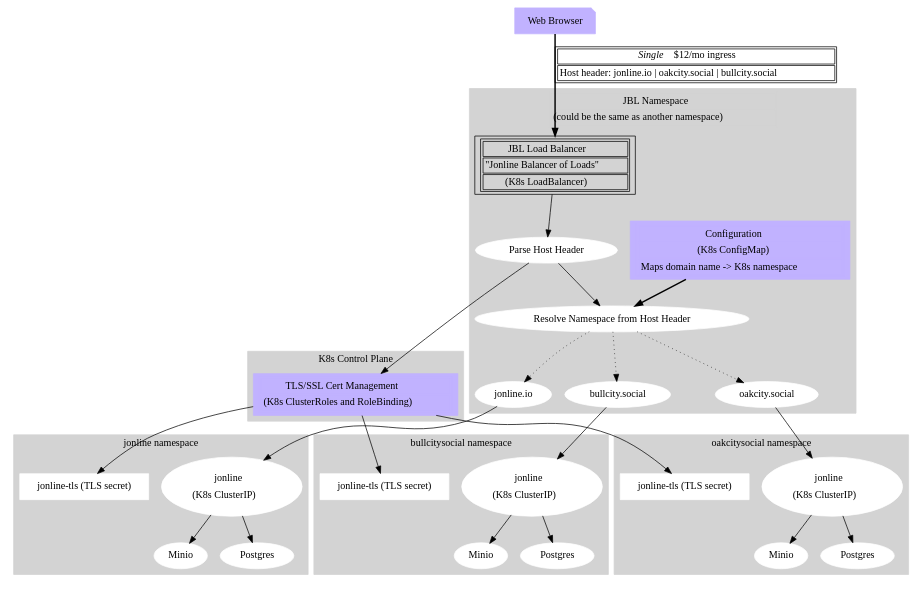
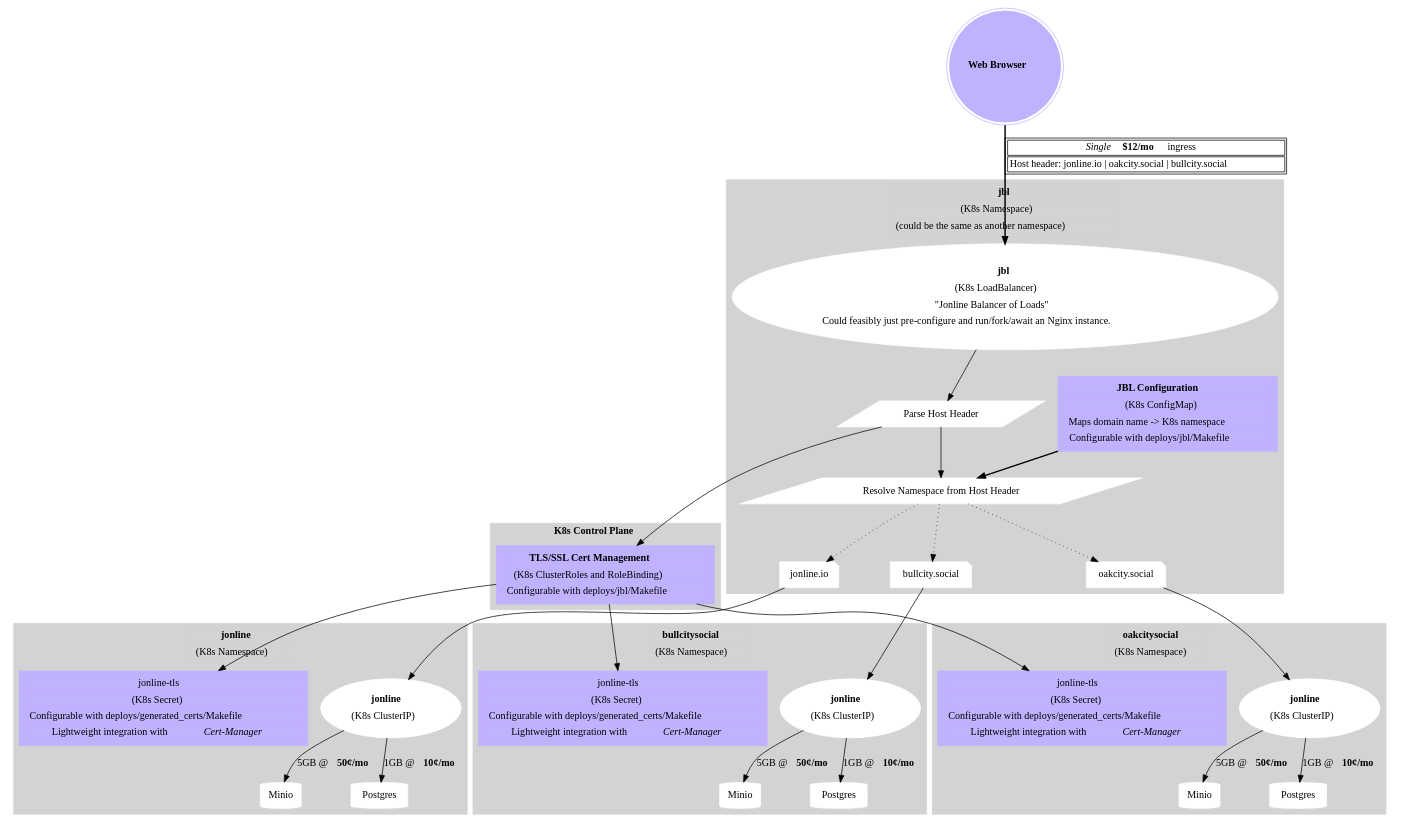
One commit to JonLatane/jonline changed the diagram in docs/architecture/JBL_Kubernetes_Deployment.dot. Above: the diagram before and after it, drawn with Graphviz. The commit also changed 10 other files, not shown here.

```diff
--- a/docs/architecture/JBL_Kubernetes_Deployment.dot
+++ b/docs/architecture/JBL_Kubernetes_Deployment.dot
@@ -1,125 +1,130 @@
 digraph G {
   size = "100,100";
-  browser [shape = note;style = filled;color = ".7 .3 1.0";label = "Web Browser";];
+  browser [shape = doublecircle;style = filled;color = ".7 .3 1.0";label = <<b>Web Browser</b>>;];
   
-  browser -> jbl [style = bold; label = <<table><tr><td><i>Single</i>&nbsp;$12/mo ingress</td></tr><tr><td>Host header: jonline.io | oakcity.social | bullcity.social</td></tr></table>>];
+  browser -> jbl [style = bold; label = <<table><tr><td><i>Single</i>&nbsp;<b>$12/mo</b>&nbsp;ingress</td></tr><tr><td>Host header: jonline.io | oakcity.social | bullcity.social</td></tr></table>>];
   
   subgraph cluster0 {
-    label = <<table><tr><td>JBL Namespace</td></tr><tr><td>(could be the same as another namespace)</td></tr></table>>;
+    label = <<table><tr><td><b>jbl</b></td></tr><tr><td>(K8s Namespace)</td></tr><tr><td>(could be the same as another namespace)</td></tr></table>>;
     node [style = filled; color = white;];
     style = filled;
     color = lightgrey;
     
-    jbl [shape = box;label = <<table><tr><td>JBL Load Balancer</td></tr><tr><td>"Jonline Balancer of Loads"</td></tr><tr><td>(K8s LoadBalancer)</td></tr></table>>];
+    jbl [shape = oval; style=filled; color = white; label = <<table><tr><td><b>jbl</b></td></tr><tr><td>(K8s LoadBalancer)</td></tr><tr><td>"Jonline Balancer of Loads"</td></tr><tr><td>Could feasibly just pre-configure and run/fork/await an Nginx instance.</td></tr></table>>];
     configuration [shape = box;style = filled;color = ".7 .3 1.0";label = <
       <table>
       <tr>
-      <td>Configuration</td>
+      <td><b>JBL Configuration</b></td>
       </tr>
       <tr>
       <td>(K8s ConfigMap)</td>
       </tr>
       <tr>
       <td>Maps domain name -&gt; K8s namespace</td>
       </tr>
+      <tr>
+      <td>Configurable with deploys/jbl/Makefile</td>
+      </tr>
       </table>
       >;];
     
     configuration -> resolve_namespace [style = bold];
     
-    parse_host [label = "Parse Host Header";];
-    resolve_namespace [label = "Resolve Namespace from Host Header";];
+    parse_host [shape=parallelogram label = "Parse Host Header";];
+    resolve_namespace [shape=parallelogram label = "Resolve Namespace from Host Header";];
     // jbl -> resolve_namespace [weight = 8;];
     jbl -> parse_host [weight = 8;];
     parse_host -> resolve_namespace [weight = 8;];
     
     
-    jonlineio [label = "jonline.io";];
-    oakcitysocial [label = "oakcity.social";];
-    bullcitysocial [label = "bullcity.social";];
+    jonlineio [shape=note label = "jonline.io";];
+    oakcitysocial [shape=note label = "oakcity.social";];
+    bullcitysocial [shape=note label = "bullcity.social";];
     
     resolve_namespace -> jonlineio [style = dotted;];
     resolve_namespace -> oakcitysocial [style = dotted;];
     resolve_namespace -> bullcitysocial [style = dotted;];
-    
   }
   
   subgraph cluster4 {
-    label = "K8s Control Plane";
+    label = <<b>K8s Control Plane</b>>;
     node [style = filled; color = white;];
     style = filled;
     color = lightgrey;
     certs [shape = box;style = filled;color = ".7 .3 1.0";label = <
       <table>
       <tr>
-      <td>TLS/SSL Cert Management</td>
+      <td><b>TLS/SSL Cert Management</b></td>
       </tr>
       <tr>
       <td>(K8s ClusterRoles and RoleBinding)</td>
+      </tr>
+      <tr>
+      <td>Configurable with deploys/jbl/Makefile</td>
       </tr>
       </table>
       >;];
   }
 
   subgraph cluster1 {
-    label = "jonline namespace";
+    label = <<table><tr><td><b>jonline</b></td></tr><tr><td>(K8s Namespace)</td></tr></table>>;
     node [style = filled; color = white;];
     style = filled;
     color = lightgrey;
     
-    jonline0 [label = <<table><tr><td>jonline</td></tr><tr><td>(K8s ClusterIP)</td></tr></table>>];
-    minio0 [label = "Minio";];
-    postgres0 [label = "Postgres";];
-    tls0 [shape = "box";label = "jonline-tls (TLS secret)";];
+    jonline0 [label = <<table><tr><td><b>jonline</b></td></tr><tr><td>(K8s ClusterIP)</td></tr></table>>];
+    minio0 [shape=cylinder label = "Minio";];
+    postgres0 [shape=cylinder label = "Postgres";];
+    tls0 [shape = "box";color = ".7 .3 1.0";label = <<table><tr><td>jonline-tls</td></tr><tr><td>(K8s Secret)</td></tr><tr><td>Configurable with deploys/generated_certs/Makefile</td></tr><tr><td>Lightweight integration with <i>Cert-Manager</i></td></tr></table>>;];
     
-    jonline0 -> minio0;
-    jonline0 -> postgres0;
+    jonline0 -> minio0 [label=<5GB @ <b>50¢/mo</b>>];
+    jonline0 -> postgres0 [label=<1GB @ <b>10¢/mo</b>>];
   }
   
   jonlineio -> jonline0;
   parse_host -> certs;
   
   subgraph cluster2 {
-    label = "oakcitysocial namespace";
+    label = <<table><tr><td><b>oakcitysocial</b></td></tr><tr><td>(K8s Namespace)</td></tr></table>>;
     node [style = filled; color = white;];
     style = filled;
     color = lightgrey;
     
-    jonline1 [label = <<table><tr><td>jonline</td></tr><tr><td>(K8s ClusterIP)</td></tr></table>>;];
-    minio1 [label = "Minio";];
-    postgres1 [label = "Postgres";];
+    jonline1 [label = <<table><tr><td><b>jonline</b></td></tr><tr><td>(K8s ClusterIP)</td></tr></table>>;];
+    minio1 [shape=cylinder label = "Minio";];
+    postgres1 [shape=cylinder label = "Postgres";];
     
-    jonline1 -> minio1;
-    jonline1 -> postgres1;
-    tls1 [shape = "box";label = "jonline-tls (TLS secret)";];
+    jonline1 -> minio1 [label=<5GB @ <b>50¢/mo</b>>];
+    jonline1 -> postgres1 [label=<1GB @ <b>10¢/mo</b>>];
+    tls1 [shape = "box";color = ".7 .3 1.0";label = <<table><tr><td>jonline-tls</td></tr><tr><td>(K8s Secret)</td></tr><tr><td>Configurable with deploys/generated_certs/Makefile</td></tr><tr><td>Lightweight integration with <i>Cert-Manager</i></td></tr></table>>;];
   }
   oakcitysocial -> jonline1;
   
   subgraph cluster3 {
-    label = "bullcitysocial namespace";
+    label = <<table><tr><td><b>bullcitysocial</b></td></tr><tr><td>(K8s Namespace)</td></tr></table>>;
     node [style = filled; color = white;];
     style = filled;
     color = lightgrey;
     
-    jonline2 [label = <<table><tr><td>jonline</td></tr><tr><td>(K8s ClusterIP)</td></tr></table>>;];
-    minio2 [label = "Minio";];
-    postgres2 [label = "Postgres";];
+    jonline2 [label = <<table><tr><td><b>jonline</b></td></tr><tr><td>(K8s ClusterIP)</td></tr></table>>;];
+    minio2 [label = "Minio" shape=cylinder];
+    postgres2 [label = "Postgres" shape=cylinder];
     
-    jonline2 -> minio2;
-    jonline2 -> postgres2;
-    tls2 [shape = "box";label = "jonline-tls (TLS secret)";];
+    jonline2 -> minio2 [label=<5GB @ <b>50¢/mo</b>>];
+    jonline2 -> postgres2 [label=<1GB @ <b>10¢/mo</b>>];
+    tls2 [shape = "box";color = ".7 .3 1.0";label = <<table><tr><td>jonline-tls</td></tr><tr><td>(K8s Secret)</td></tr><tr><td>Configurable with deploys/generated_certs/Makefile</td></tr><tr><td>Lightweight integration with <i>Cert-Manager</i></td></tr></table>>;];
   }
   bullcitysocial -> jonline2;
   
   certs -> tls0;
   certs -> tls1;
   certs -> tls2;
   // resolve_namespace ->  [style=dotted] bullcitysocial;
   // execute -> { make_string; printf}
   // jonlineio -> make_string;
   // edge [color=red];
   // jbl -> printf [style=bold,label="100 times"];
   // make_string [label="make a\nstring"];
   // node [shape=box,style=filled,color=".7 .3 1.0"];
   // execute -> compare;
 }
```
